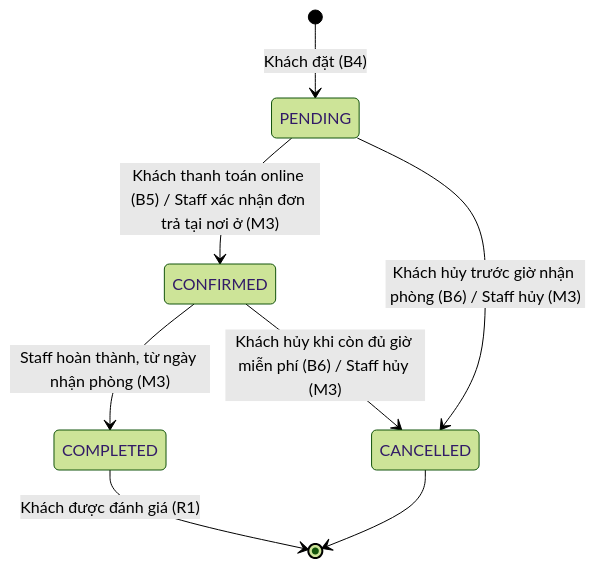
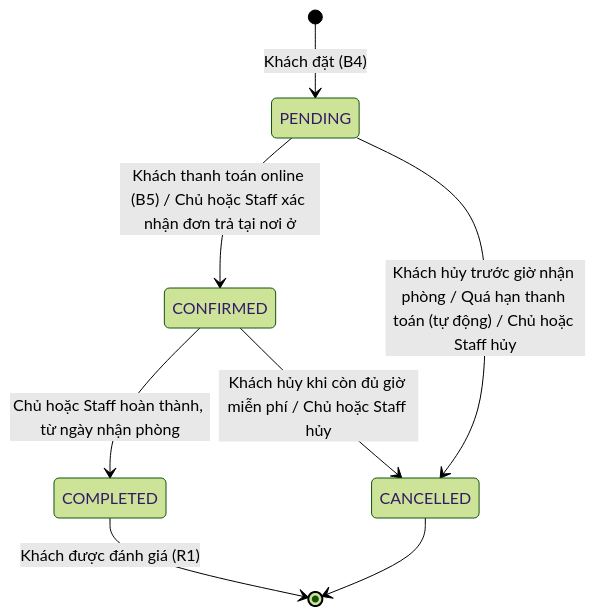
The seventh of 12 diagrams in docs/01-dac-ta/luong-nghiep-vu.md (DangKhoa902/Mobile-Project-Travelling-App), drawn with Mermaid (forest theme) before and after one commit. The commit also changed other lines of this file and 58 other files, not shown here.

````diff
--- a/docs/01-dac-ta/luong-nghiep-vu.md
+++ b/docs/01-dac-ta/luong-nghiep-vu.md
@@ -258,10 +270,10 @@
 ```mermaid
 stateDiagram-v2
     [*] --> PENDING: Khách đặt (B4)
-    PENDING --> CONFIRMED: Khách thanh toán online (B5) / Staff xác nhận đơn trả tại nơi ở (M3)
-    PENDING --> CANCELLED: Khách hủy trước giờ nhận phòng (B6) / Staff hủy (M3)
-    CONFIRMED --> COMPLETED: Staff hoàn thành, từ ngày nhận phòng (M3)
-    CONFIRMED --> CANCELLED: Khách hủy khi còn đủ giờ miễn phí (B6) / Staff hủy (M3)
+    PENDING --> CONFIRMED: Khách thanh toán online (B5) / Chủ hoặc Staff xác nhận đơn trả tại nơi ở
+    PENDING --> CANCELLED: Khách hủy trước giờ nhận phòng / Quá hạn thanh toán (tự động) / Chủ hoặc Staff hủy
+    CONFIRMED --> COMPLETED: Chủ hoặc Staff hoàn thành, từ ngày nhận phòng
+    CONFIRMED --> CANCELLED: Khách hủy khi còn đủ giờ miễn phí / Chủ hoặc Staff hủy
     COMPLETED --> [*]: Khách được đánh giá (R1)
     CANCELLED --> [*]
 ```
````
